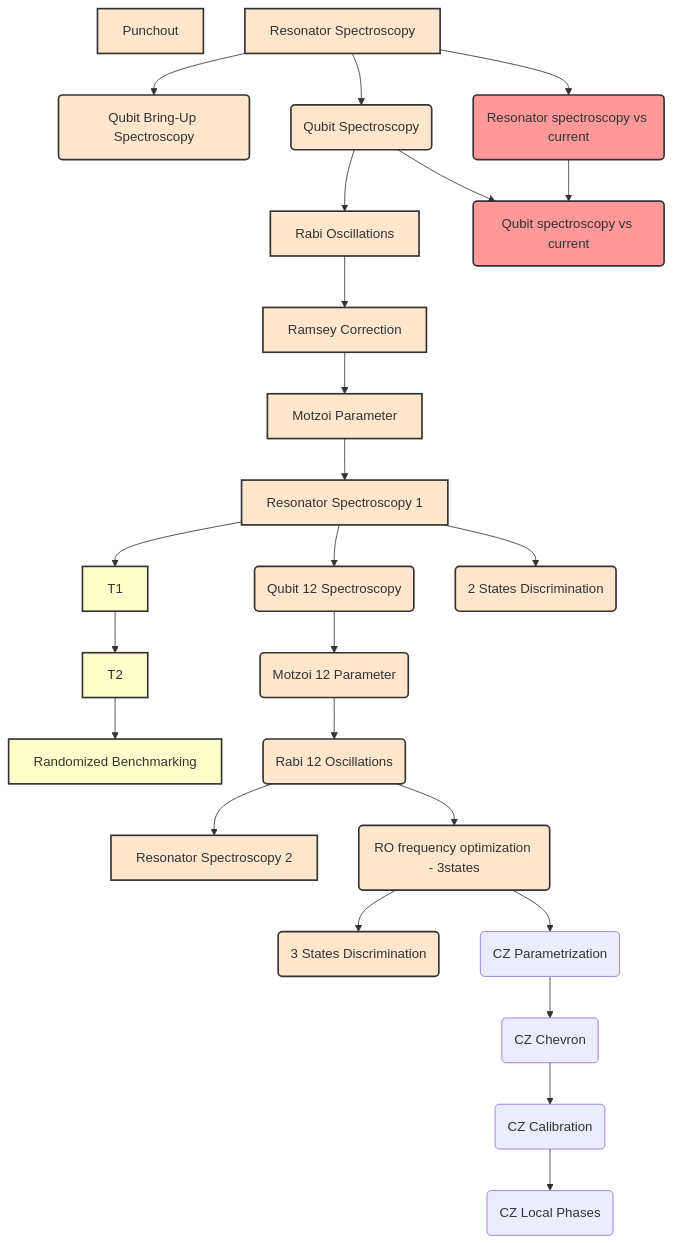
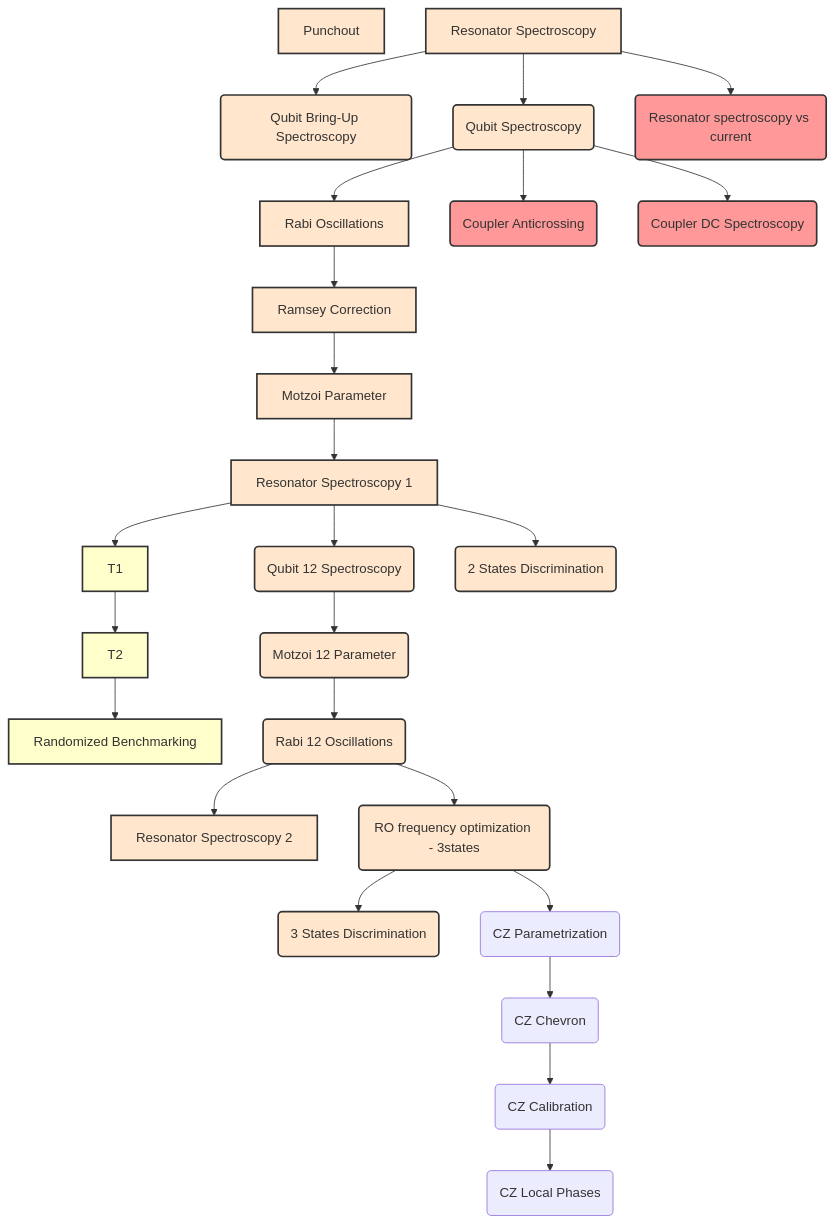
Before and after one commit to tergite/tergite-autocalibration: the diagram in docs/node-library/available_nodes.md, drawn with Mermaid. The commit also changed other lines of this file, not shown here.

````diff
--- a/docs/node-library/available_nodes.md
+++ b/docs/node-library/available_nodes.md
@@ -3,50 +3,51 @@
 ``` mermaid
 graph TD
     A1[Punchout]
     A[Resonator Spectroscopy]
     A --> B1(Qubit Bring-Up Spectroscopy)
     A --> B(Qubit Spectroscopy)
     B --> C[Rabi Oscillations]
     C --> D[Ramsey Correction]
     D --> E[Motzoi Parameter]
     E --> F[Resonator Spectroscopy 1]
     F --> C1[T1] --> C2[T2] --> C3[Randomized Benchmarking]
     F --> F1(Qubit 12 Spectroscopy) --> G(Motzoi 12 Parameter)--> G1(Rabi 12 Oscillations) --> G2[Resonator Spectroscopy 2]
     F --> H1(2 States Discrimination)
     G1 --> H2(RO frequency optimization - 3states) --> H3(3 States Discrimination)
     A --> I(Resonator spectroscopy vs current)
-    B --> J(Qubit spectroscopy vs current)
-    I --> J
+    B --> J1(Coupler Anticrossing)
+    B --> J2(Coupler DC Spectroscopy)
     H2 --> K(CZ Parametrization) --> K1(CZ Chevron) --> K2(CZ Calibration) --> K3(CZ Local Phases)
         
     click A href "../nodes/resonator_spectroscopy_node"
     click F href "../nodes/resonator_spectroscopy_node"
     click G1 href "../nodes/resonator_spectroscopy_node"
     click A1 href "../nodes/punchout_node"
     click B href "../nodes/qubit_spectroscopy_node"
     click F1 href "../nodes/qubit_spectroscopy_node"
     click C href "../nodes/rabi_oscillations_node"
     click I href "../nodes/resonator_spectroscopy_vs_current_node"
-    click J href "../nodes/qubit_spectroscopy_vs_current_node"
+    click J1 href "../nodes/qubit_spectroscopy_vs_current_node"
 
     style A fill:#ffe6cc,stroke:#333,stroke-width:2px
     style A1 fill:#ffe6cc,stroke:#333,stroke-width:2px
     style B fill:#ffe6cc,stroke:#333,stroke-width:2px
     style B1 fill:#ffe6cc,stroke:#333,stroke-width:2px
     style C fill:#ffe6cc,stroke:#333,stroke-width:2px
     style D fill:#ffe6cc,stroke:#333,stroke-width:2px
     style E fill:#ffe6cc,stroke:#333,stroke-width:2px
     style F fill:#ffe6cc,stroke:#333,stroke-width:2px
     style C1 fill:#ffffcc,stroke:#333,stroke-width:2px
     style C2 fill:#ffffcc,stroke:#333,stroke-width:2px
     style C3 fill:#ffffcc,stroke:#333,stroke-width:2px
     style F1 fill:#ffe6cc,stroke:#333,stroke-width:2px
     style G fill:#ffe6cc,stroke:#333,stroke-width:2px
     style G1 fill:#ffe6cc,stroke:#333,stroke-width:2px
     style G2 fill:#ffe6cc,stroke:#333,stroke-width:2px
     style H1 fill:#ffe6cc,stroke:#333,stroke-width:2px
     style H2 fill:#ffe6cc,stroke:#333,stroke-width:2px
     style H3 fill:#ffe6cc,stroke:#333,stroke-width:2px
     style I fill:#ff9999,stroke:#333,stroke-width:2px
-    style J fill:#ff9999,stroke:#333,stroke-width:2px
+    style J1 fill:#ff9999,stroke:#333,stroke-width:2px
+    style J2 fill:#ff9999,stroke:#333,stroke-width:2px
 ```
````
